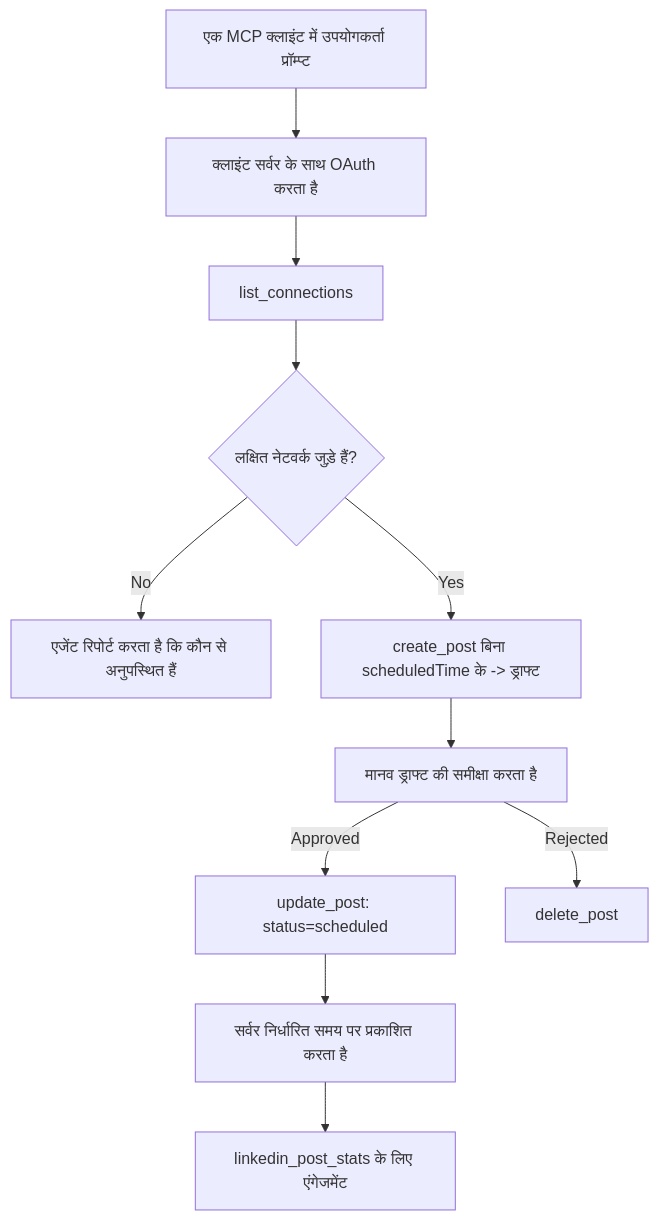
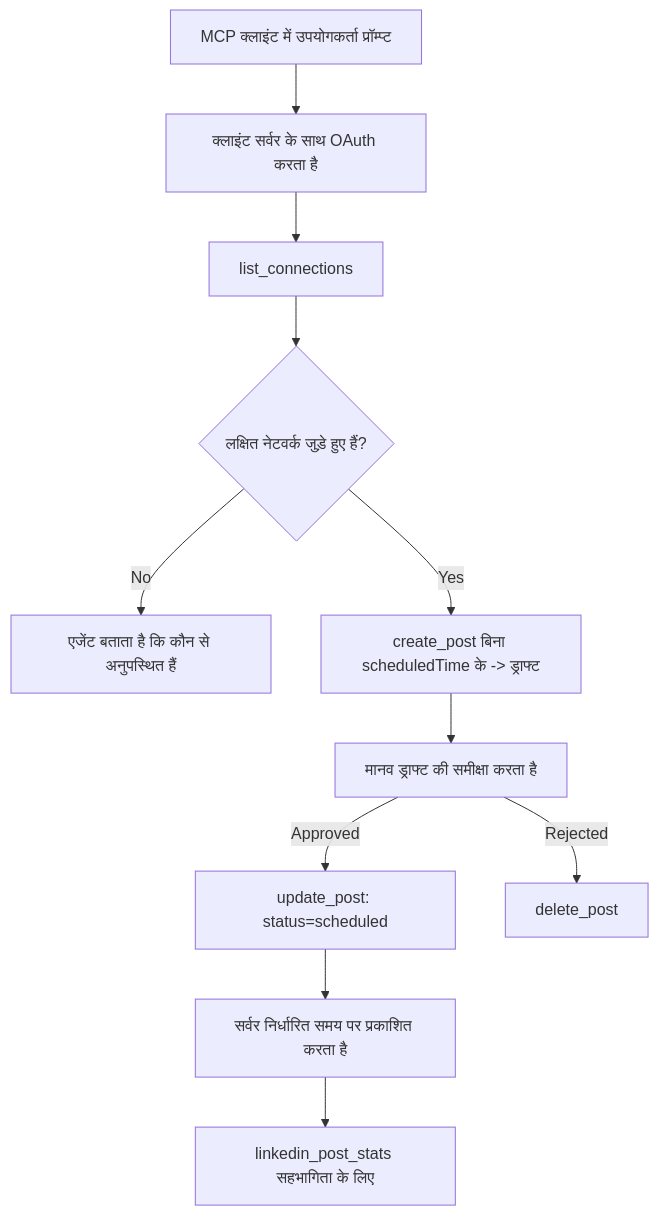
One commit to microsoft/mcp-for-beginners changed the diagram in translations/hi/09-CaseStudy/publora-social-publishing.md. Above: the diagram before and after it, drawn with Mermaid. The commit also changed other lines of this file and 110 other files, not shown here.

````diff
--- a/translations/hi/09-CaseStudy/publora-social-publishing.md
+++ b/translations/hi/09-CaseStudy/publora-social-publishing.md
@@ -47,13 +47,13 @@
 ```mermaid
 flowchart TD
-    A[एक MCP क्लाइंट में उपयोगकर्ता प्रॉम्प्ट] --> B[क्लाइंट सर्वर के साथ OAuth करता है]
+    A[MCP क्लाइंट में उपयोगकर्ता प्रॉम्प्ट] --> B[क्लाइंट सर्वर के साथ OAuth करता है]
     B --> C[list_connections]
-    C --> D{लक्षित नेटवर्क जुड़े हैं?}
-    D -- No --> E[एजेंट रिपोर्ट करता है कि कौन से अनुपस्थित हैं]
+    C --> D{लक्षित नेटवर्क जुड़े हुए हैं?}
+    D -- No --> E[एजेंट बताता है कि कौन से अनुपस्थित हैं]
     D -- Yes --> F[create_post बिना scheduledTime के -> ड्राफ्ट]
     F --> G[मानव ड्राफ्ट की समीक्षा करता है]
     G -- Approved --> H[update_post: status=scheduled]
     G -- Rejected --> I[delete_post]
     H --> J[सर्वर निर्धारित समय पर प्रकाशित करता है]
-    J --> K[linkedin_post_stats के लिए एंगेजमेंट]
+    J --> K[linkedin_post_stats सहभागिता के लिए]
 ```
````
